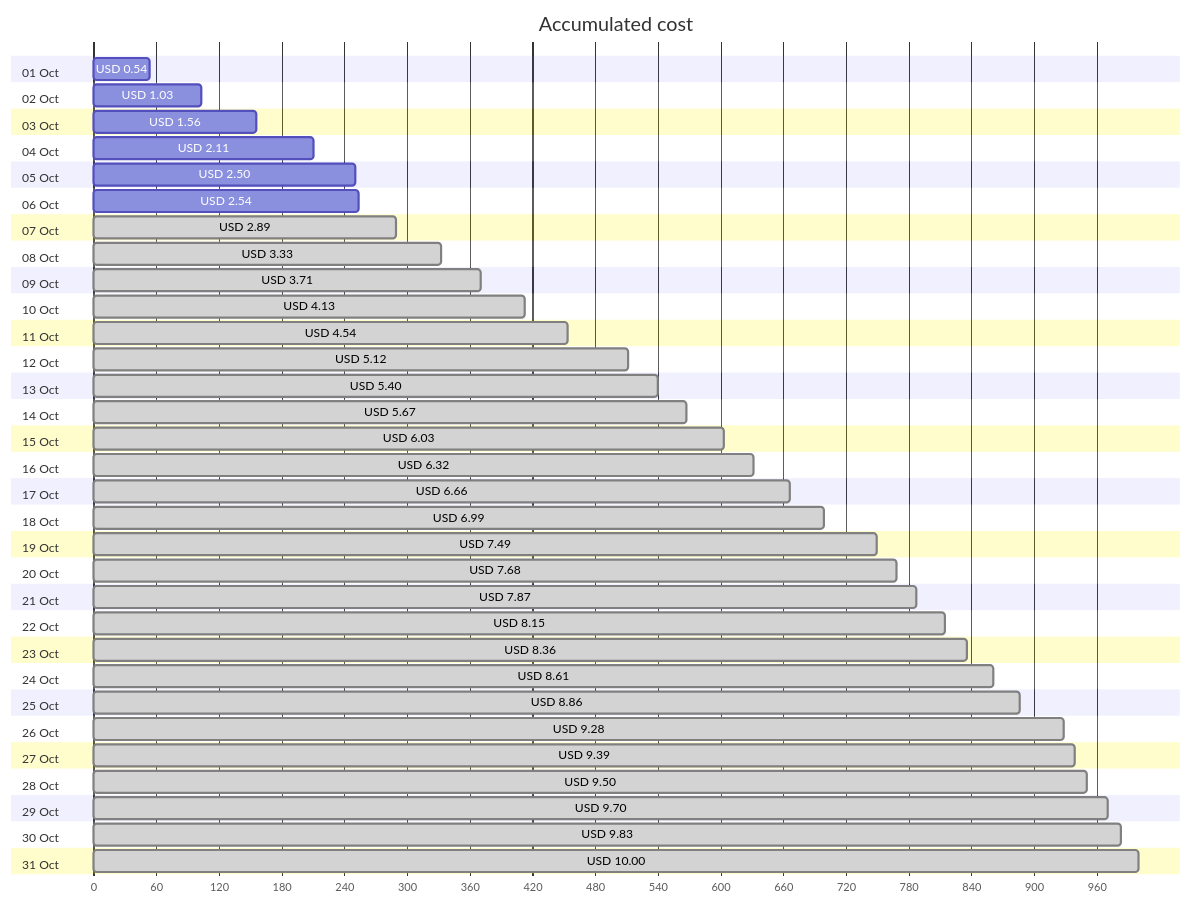
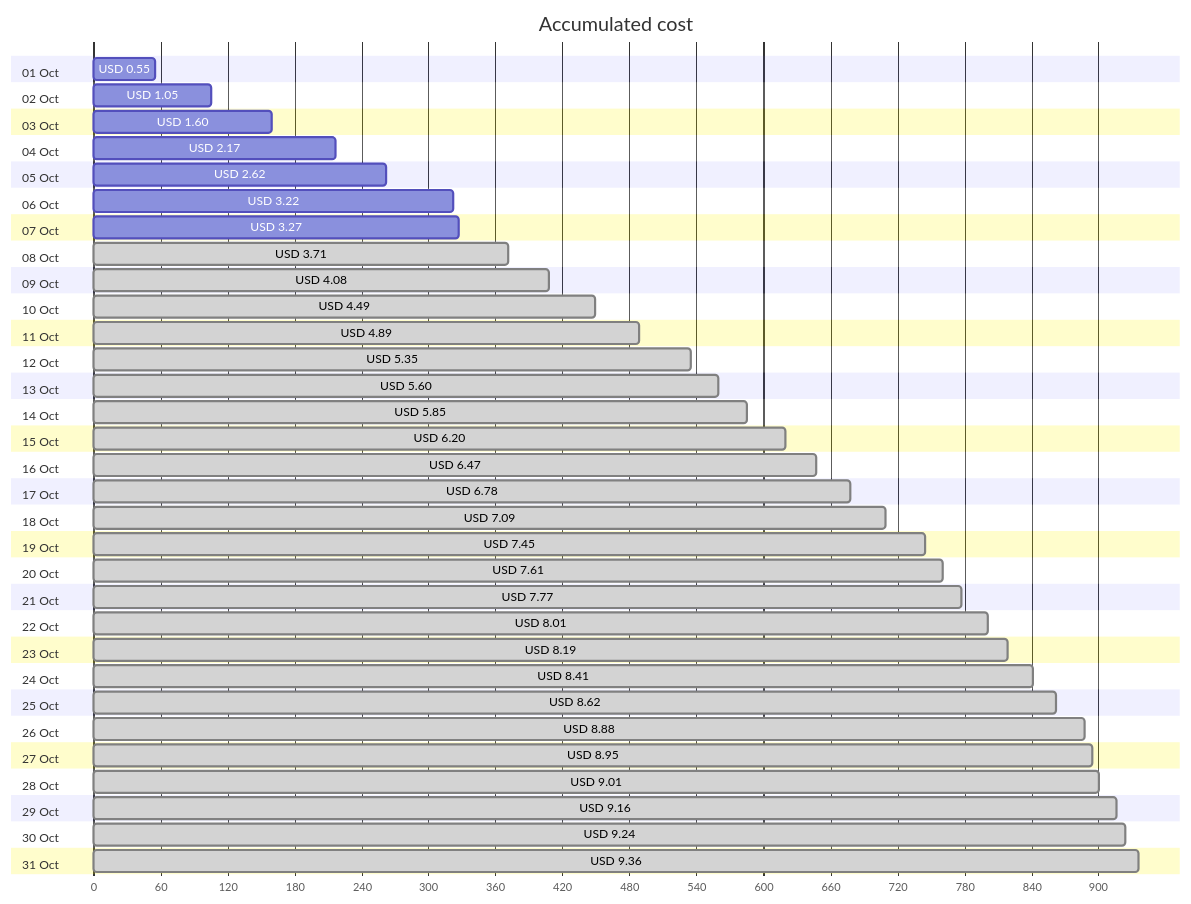
One commit to jpfulton/azure-personal-reports changed the first of 4 diagrams in cost-reports/personal-network/vpn-server.md. Above: the diagram before and after it, drawn with Mermaid. The commit also changed other lines of this file and 8 other files, not shown here.

````diff
--- a/cost-reports/personal-network/vpn-server.md
+++ b/cost-reports/personal-network/vpn-server.md
@@ -20,68 +20,68 @@
 ```mermaid
 gantt
    title Accumulated cost
    dateFormat  X
    axisFormat %s
    section 01 Oct
-   USD 0.54 :0, 54
+   USD 0.55 :0, 55
    section 02 Oct
-   USD 1.03 :0, 103
+   USD 1.05 :0, 105
    section 03 Oct
-   USD 1.56 :0, 156
+   USD 1.60 :0, 160
    section 04 Oct
-   USD 2.11 :0, 211
+   USD 2.17 :0, 217
    section 05 Oct
-   USD 2.50 :0, 250
+   USD 2.62 :0, 262
    section 06 Oct
-   USD 2.54 :0, 254
+   USD 3.22 :0, 322
    section 07 Oct
-   USD 2.89 : done, 0, 289
+   USD 3.27 :0, 327
    section 08 Oct
-   USD 3.33 : done, 0, 333
+   USD 3.71 : done, 0, 371
    section 09 Oct
-   USD 3.71 : done, 0, 371
+   USD 4.08 : done, 0, 408
    section 10 Oct
-   USD 4.13 : done, 0, 413
+   USD 4.49 : done, 0, 449
    section 11 Oct
-   USD 4.54 : done, 0, 454
+   USD 4.89 : done, 0, 489
    section 12 Oct
-   USD 5.12 : done, 0, 512
+   USD 5.35 : done, 0, 535
    section 13 Oct
-   USD 5.40 : done, 0, 540
+   USD 5.60 : done, 0, 560
    section 14 Oct
-   USD 5.67 : done, 0, 567
+   USD 5.85 : done, 0, 585
    section 15 Oct
-   USD 6.03 : done, 0, 603
+   USD 6.20 : done, 0, 620
    section 16 Oct
-   USD 6.32 : done, 0, 632
+   USD 6.47 : done, 0, 647
    section 17 Oct
-   USD 6.66 : done, 0, 666
+   USD 6.78 : done, 0, 678
    section 18 Oct
-   USD 6.99 : done, 0, 699
+   USD 7.09 : done, 0, 709
    section 19 Oct
-   USD 7.49 : done, 0, 749
+   USD 7.45 : done, 0, 745
    section 20 Oct
-   USD 7.68 : done, 0, 768
+   USD 7.61 : done, 0, 761
    section 21 Oct
-   USD 7.87 : done, 0, 787
+   USD 7.77 : done, 0, 777
    section 22 Oct
-   USD 8.15 : done, 0, 815
+   USD 8.01 : done, 0, 801
    section 23 Oct
-   USD 8.36 : done, 0, 836
+   USD 8.19 : done, 0, 819
    section 24 Oct
-   USD 8.61 : done, 0, 861
+   USD 8.41 : done, 0, 841
    section 25 Oct
-   USD 8.86 : done, 0, 886
+   USD 8.62 : done, 0, 862
    section 26 Oct
-   USD 9.28 : done, 0, 928
+   USD 8.88 : done, 0, 888
    section 27 Oct
-   USD 9.39 : done, 0, 939
+   USD 8.95 : done, 0, 895
    section 28 Oct
-   USD 9.50 : done, 0, 950
+   USD 9.01 : done, 0, 901
    section 29 Oct
-   USD 9.70 : done, 0, 970
+   USD 9.16 : done, 0, 916
    section 30 Oct
-   USD 9.83 : done, 0, 983
+   USD 9.24 : done, 0, 924
    section 31 Oct
-   USD 10.00 : done, 0, 1000
+   USD 9.36 : done, 0, 936
 ```
````
